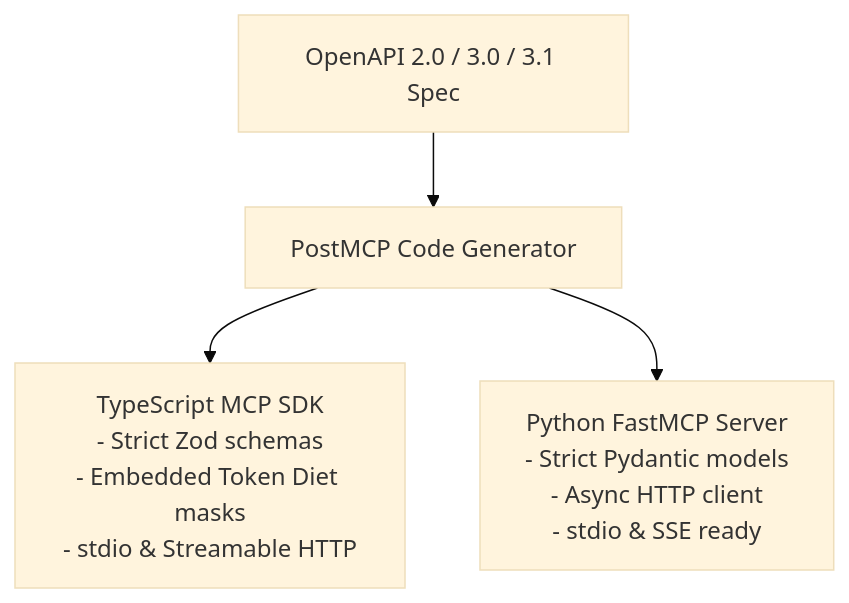
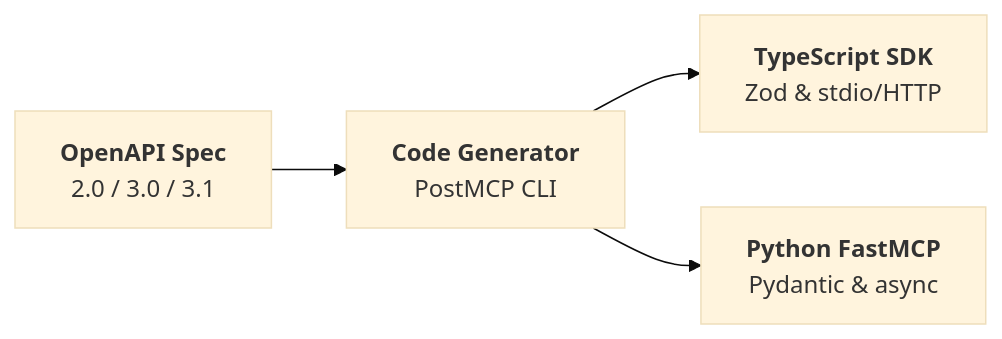
Before and after one commit to BraveRam/postmcp: the diagram in packages/studio/content/docs/codegen/index.mdx, drawn with Mermaid (base theme). The commit also changed 14 other files, not shown here.

Commit message:
docs(mermaid): standardize documentation diagrams to compact horizontal flowchart layout (v0.1.24)

````diff
--- a/packages/studio/content/docs/codegen/index.mdx
+++ b/packages/studio/content/docs/codegen/index.mdx
@@ -15,6 +15,7 @@
 ```mermaid
-graph TD
-  OpenAPI["OpenAPI 2.0 / 3.0 / 3.1 Spec"] --> Gen["PostMCP Code Generator"]
-  Gen --> TS["TypeScript MCP SDK<br/>- Strict Zod schemas<br/>- Embedded Token Diet masks<br/>- stdio & Streamable HTTP"]
-  Gen --> PY["Python FastMCP Server<br/>- Strict Pydantic models<br/>- Async HTTP client<br/>- stdio & SSE ready"]
+flowchart LR
+  Spec["<b>OpenAPI Spec</b><br/>2.0 / 3.0 / 3.1"]
+  --> Gen["<b>Code Generator</b><br/>PostMCP CLI"]
+  Gen --> TS["<b>TypeScript SDK</b><br/>Zod & stdio/HTTP"]
+  Gen --> PY["<b>Python FastMCP</b><br/>Pydantic & async"]
 ```
````
